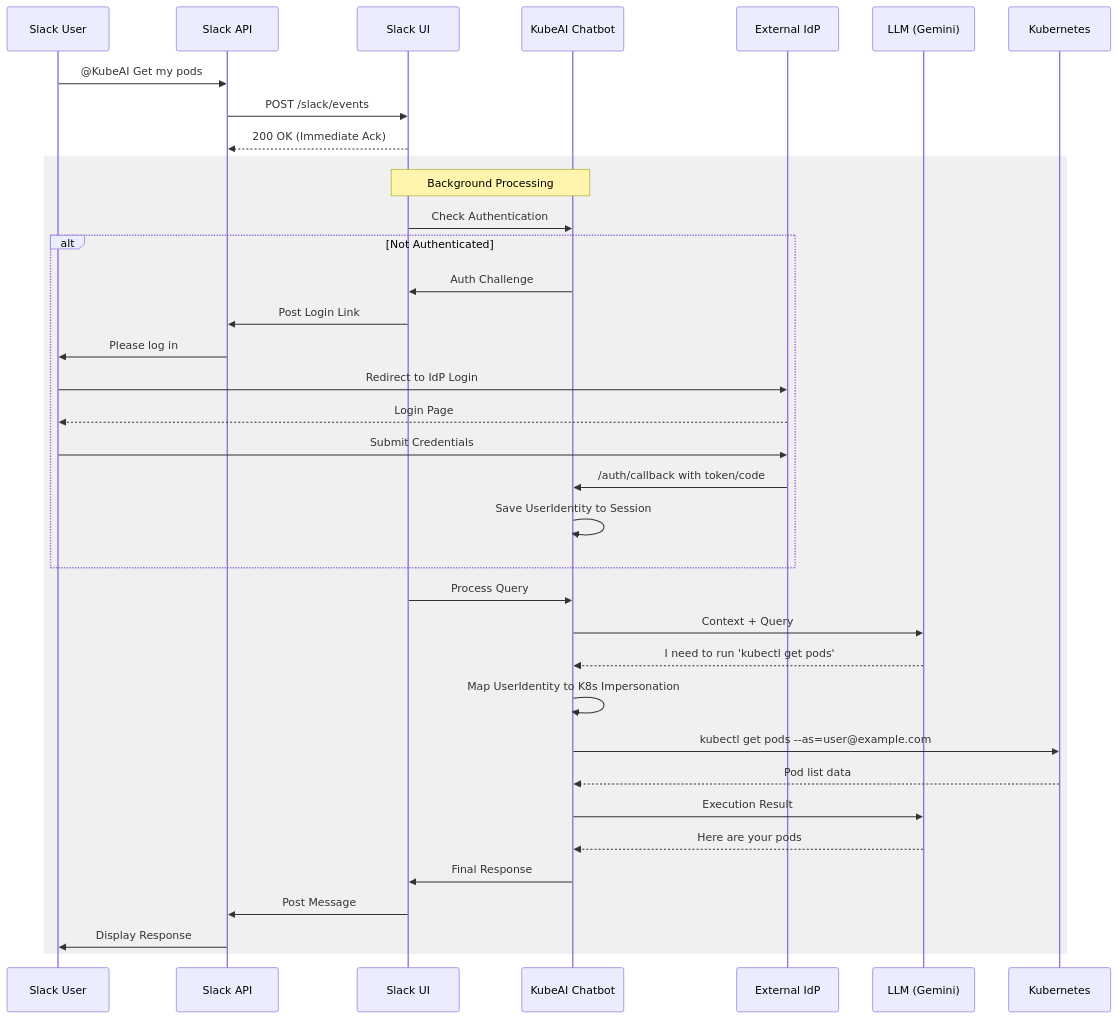
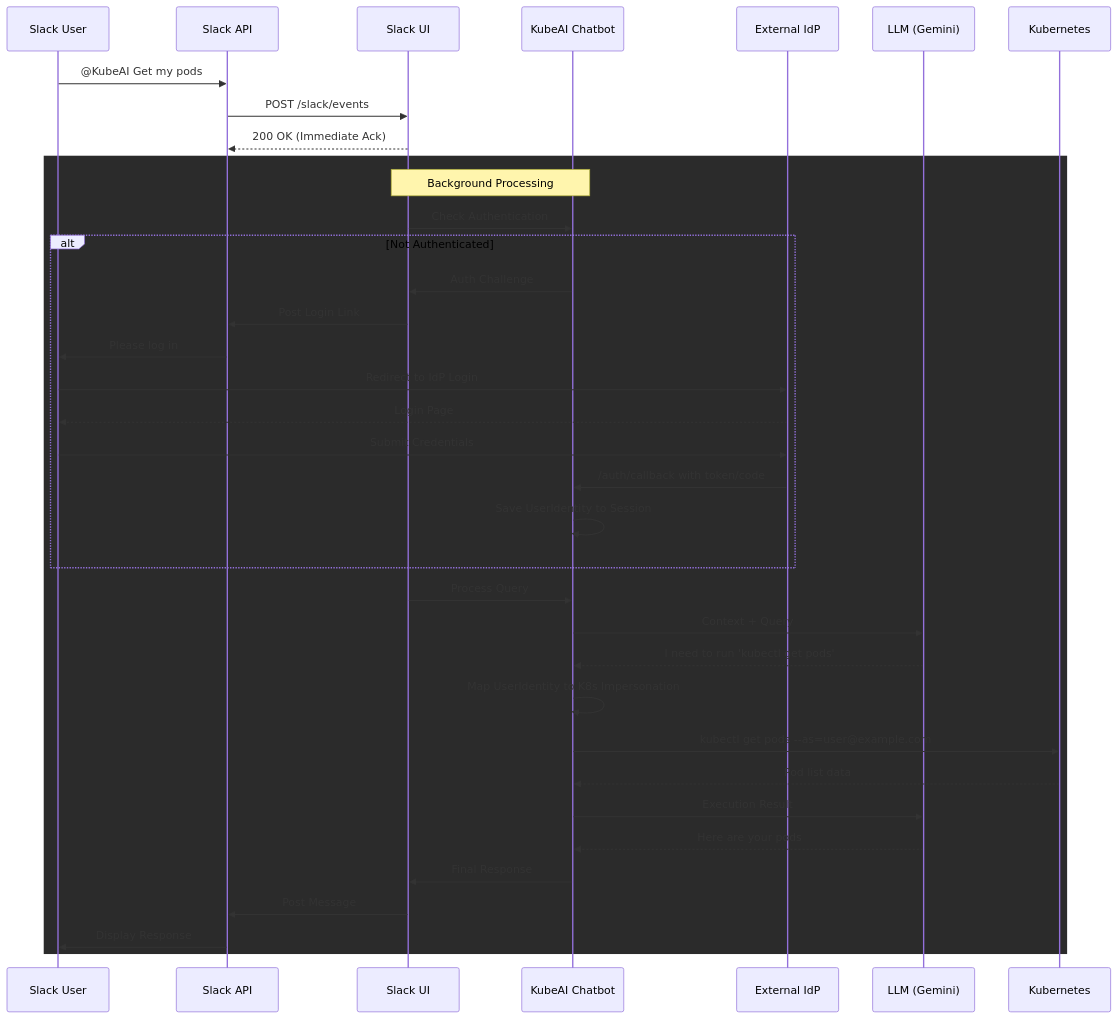
Before and after one commit to KongZ/kubeai-chatbot: the third of 3 diagrams in docs/architecture.md, drawn with Mermaid.

````diff
--- a/docs/architecture.md
+++ b/docs/architecture.md
@@ -92,41 +92,41 @@
 ```mermaid
 sequenceDiagram
   participant U as Slack User
   participant S as Slack API
   participant UI as Slack UI
   participant Ag as KubeAI Chatbot
   participant IdP as External IdP
   participant L as LLM (Gemini)
   participant K as Kubernetes
 
   U->>S: @KubeAI Get my pods
   S->>UI: POST /slack/events
   UI-->>S: 200 OK (Immediate Ack)
 
-  rect rgb(240, 240, 240)
+  rect rgba(43, 43, 43, 1)
   Note over UI,Ag: Background Processing
   UI->>Ag: Check Authentication
   alt Not Authenticated
       Ag->>UI: Auth Challenge
       UI->>S: Post Login Link
       S->>U: Please log in
       U->>IdP: Redirect to IdP Login
       IdP-->>U: Login Page
       U->>IdP: Submit Credentials
       IdP->>Ag: /auth/callback with token/code
       Ag->>Ag: Save UserIdentity to Session
   end
 
   UI->>Ag: Process Query
   Ag->>L: Context + Query
   L-->>Ag: I need to run 'kubectl get pods'
   Ag->>Ag: Map UserIdentity to K8s Impersonation
   Ag->>K: kubectl get pods --as=user@example.com
   K-->>Ag: Pod list data
   Ag->>L: Execution Result
   L-->>Ag: Here are your pods
   Ag->>UI: Final Response
   UI->>S: Post Message
   S->>U: Display Response
   end
 ```
````
